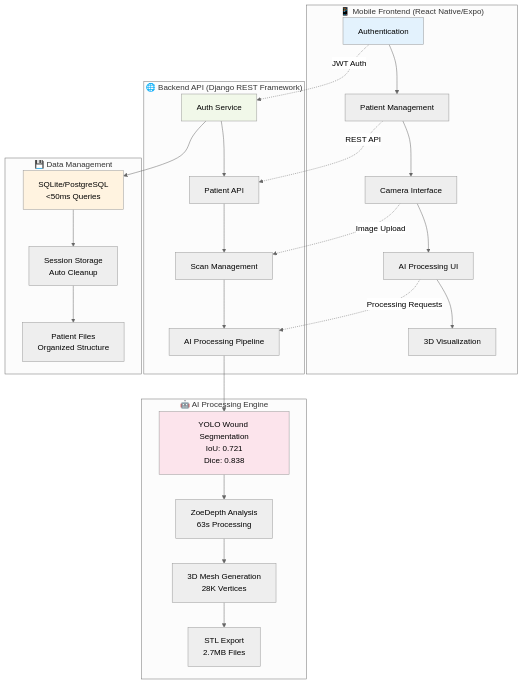
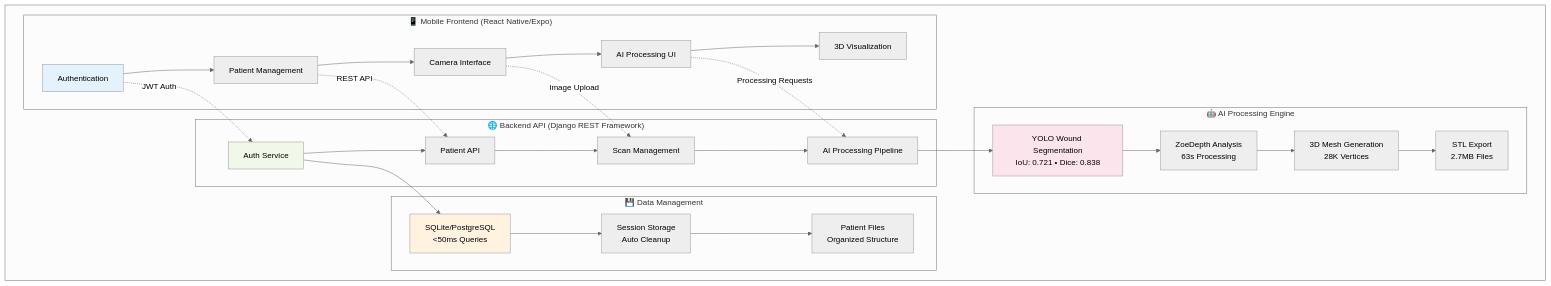
One commit to ansemin/HydroFast changed the first of 2 diagrams in README.md. Above: the diagram before and after it, drawn with Mermaid (neutral theme). The commit also changed other lines of this file, not shown here.

Commit message:
refactor: Enhance system architecture diagrams for clarity and detail

````diff
--- a/README.md
+++ b/README.md
@@ -143,38 +142,40 @@
 ```mermaid
 graph TB
-    subgraph "📱 Mobile Frontend (React Native/Expo)"
-        A[Authentication] --> B[Patient Management]
-        B --> C[Camera Interface]
-        C --> D[AI Processing UI]
-        D --> E[3D Visualization]
+    subgraph main[" "]
+        subgraph "📱 Mobile Frontend (React Native/Expo)"
+            A[Authentication] --> B[Patient Management]
+            B --> C[Camera Interface]
+            C --> D[AI Processing UI]
+            D --> E[3D Visualization]
+        end
+        
+        subgraph "🌐 Backend API (Django REST Framework)"
+            F[Auth Service] --> G[Patient API]
+            G --> H[Scan Management] 
+            H --> I[AI Processing Pipeline]
+        end
+        
+        subgraph "💾 Data Management"
+            N[SQLite/PostgreSQL<br/><50ms Queries] --> O[Session Storage<br/>Auto Cleanup]
+            O --> P[Patient Files<br/>Organized Structure]
+        end
+        
+        subgraph "🤖 AI Processing Engine"
+            J[YOLO Wound Segmentation<br/>IoU: 0.721 • Dice: 0.838] --> K[ZoeDepth Analysis<br/>63s Processing]
+            K --> L[3D Mesh Generation<br/>28K Vertices]
+            L --> M[STL Export<br/>2.7MB Files]
+        end
+        
+        A -.->|JWT Auth| F
+        B -.->|REST API| G
+        C -.->|Image Upload| H
+        D -.->|Processing Requests| I
+        I --> J
+        F --> N
     end
-    
-    subgraph "🌐 Backend API (Django REST Framework)"
-        F[Auth Service] --> G[Patient API]
-        G --> H[Scan Management] 
-        H --> I[AI Processing Pipeline]
-    end
-    
-    subgraph "🤖 AI Processing Engine"
-        J[YOLO Wound Segmentation<br/>IoU: 0.721<br/>Dice: 0.838] --> K[ZoeDepth Analysis<br/>63s Processing]
-        K --> L[3D Mesh Generation<br/>28K Vertices]
-        L --> M[STL Export<br/>2.7MB Files]
-    end
-    
-    subgraph "💾 Data Management"
-        N[SQLite/PostgreSQL<br/><50ms Queries] --> O[Session Storage<br/>Auto Cleanup]
-        O --> P[Patient Files<br/>Organized Structure]
-    end
-    
-    A -.->|JWT Auth| F
-    B -.->|REST API| G
-    C -.->|Image Upload| H
-    D -.->|Processing Requests| I
-    I --> J
-    F --> N
     
     style A fill:#e3f2fd
     style F fill:#f1f8e9
     style J fill:#fce4ec
     style N fill:#fff3e0
 ```
````
